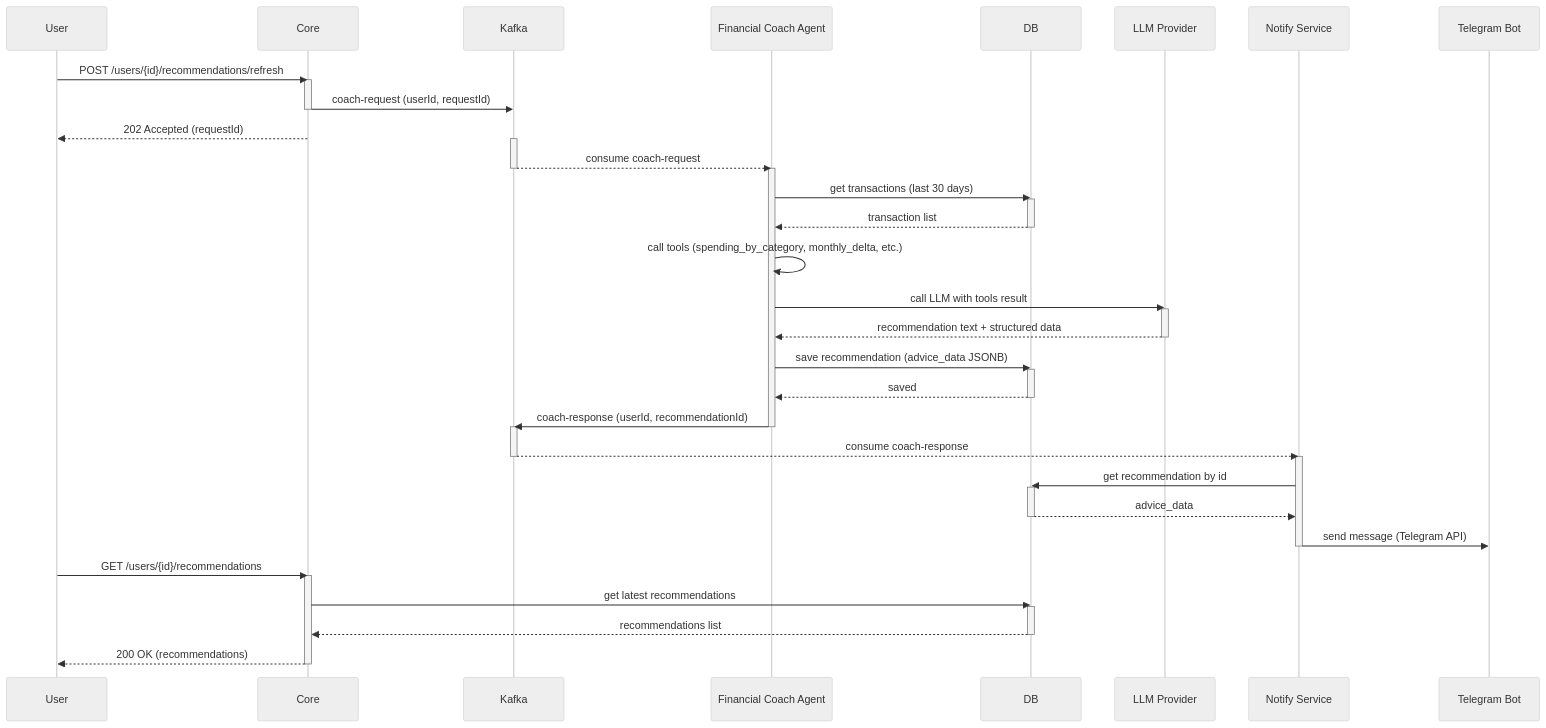
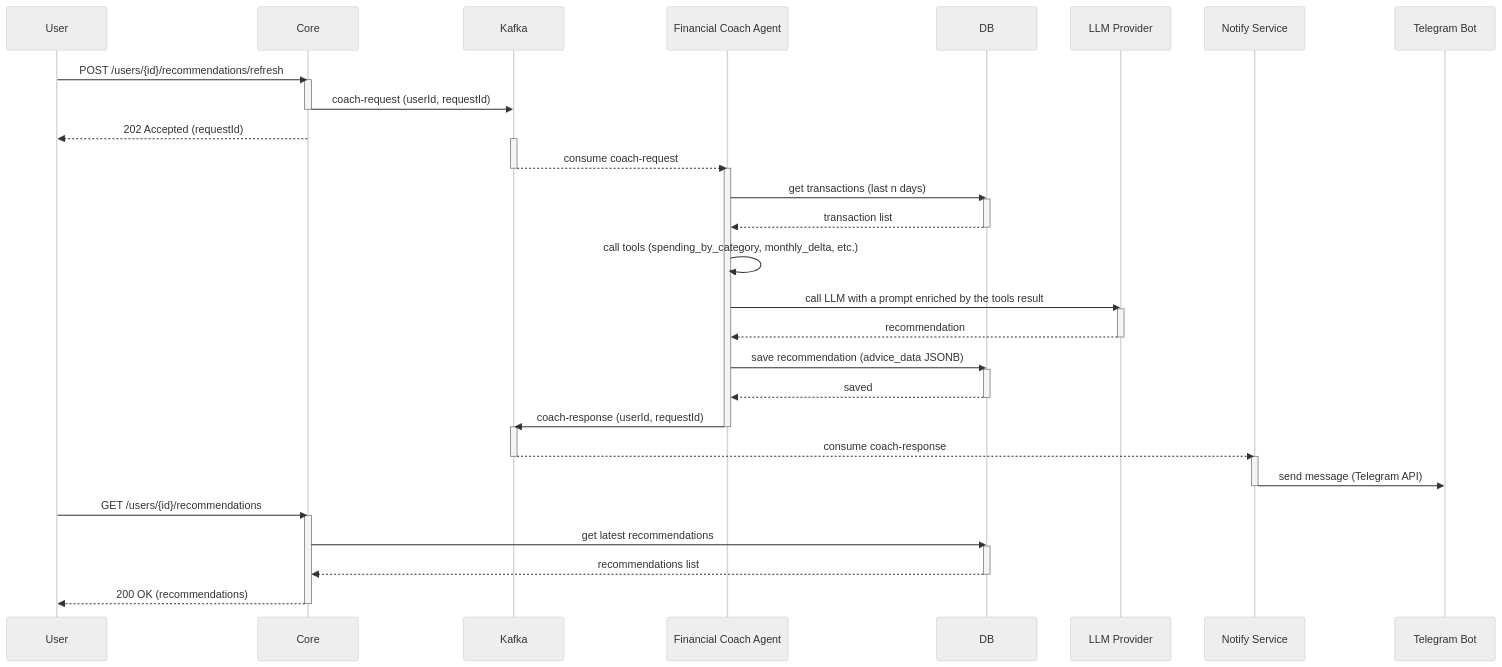
The fifth of 7 diagrams in docs/architecture_diagrams.md (irunazushan/finSense), drawn with Mermaid (neutral theme) before and after one commit. The commit also changed other lines of this file and 3 other files, not shown here.

````diff
--- a/docs/architecture_diagrams.md
+++ b/docs/architecture_diagrams.md
@@ -183,62 +180,59 @@
 ```mermaid
 sequenceDiagram
     participant User
     participant Core
     participant Kafka
     participant Coach as Financial Coach Agent
     participant DB
     participant LLM as LLM Provider
     participant Notify as Notify Service
     participant TG as Telegram Bot
 
     User->>Core: POST /users/{id}/recommendations/refresh
     activate Core
     Core->>Kafka: coach-request (userId, requestId)
     deactivate Core
     Core-->>User: 202 Accepted (requestId)
 
     activate Kafka
     Kafka-->>Coach: consume coach-request
     deactivate Kafka
 
     activate Coach
-    Coach->>DB: get transactions (last 30 days)
+    Coach->>DB: get transactions (last n days)
     activate DB
     DB-->>Coach: transaction list
     deactivate DB
 
     Coach->>Coach: call tools (spending_by_category, monthly_delta, etc.)
-    Coach->>LLM: call LLM with tools result
+    Coach->>LLM: call LLM with a prompt enriched by the tools result
     activate LLM
-    LLM-->>Coach: recommendation text + structured data
+    LLM-->>Coach: recommendation
     deactivate LLM
 
     Coach->>DB: save recommendation (advice_data JSONB)
     activate DB
     DB-->>Coach: saved
     deactivate DB
 
-    Coach->>Kafka: coach-response (userId, recommendationId)
+    Coach->>Kafka: coach-response (userId, requestId)
     deactivate Coach
 
     activate Kafka
     Kafka-->>Notify: consume coach-response
     deactivate Kafka
 
     activate Notify
-    Notify->>DB: get recommendation by id
-    activate DB
-    DB-->>Notify: advice_data
-    deactivate DB
+    
     Notify->>TG: send message (Telegram API)
     deactivate Notify
 
     User->>Core: GET /users/{id}/recommendations
     activate Core
     Core->>DB: get latest recommendations
     activate DB
     DB-->>Core: recommendations list
     deactivate DB
     Core-->>User: 200 OK (recommendations)
     deactivate Core
 ```
````
